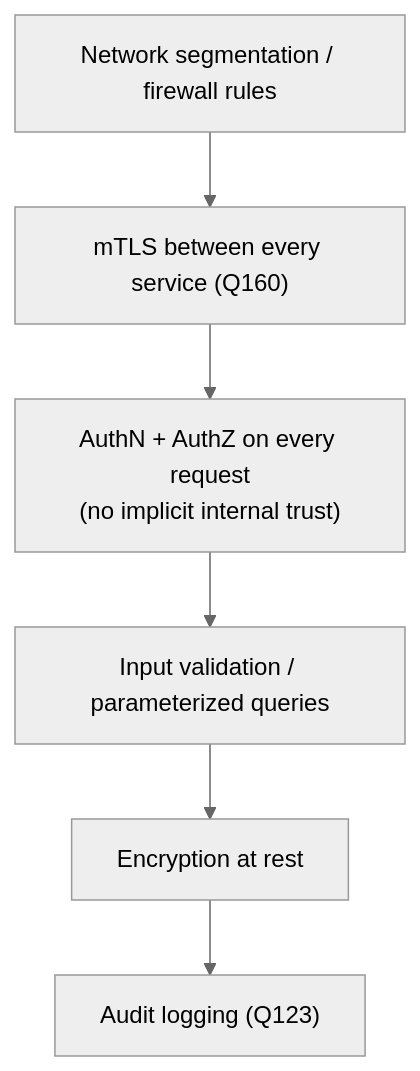
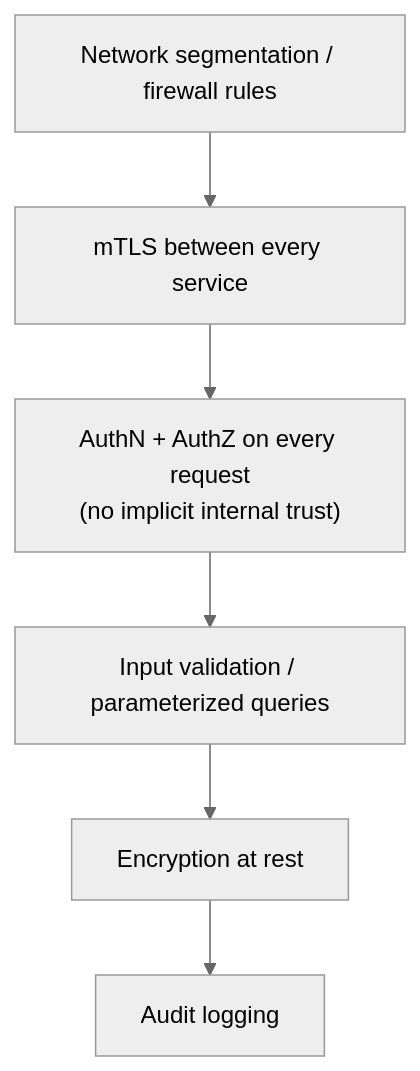
The third of 8 diagrams in content/interview/interview-prep-security-cloud.md (josuebrunel/josuebrunel.github.io), drawn with Mermaid (neutral theme) before and after one commit. The commit also changed other lines of this file and 7 other files, not shown here.

````diff
--- a/content/interview/interview-prep-security-cloud.md
+++ b/content/interview/interview-prep-security-cloud.md
@@ -80,8 +80,8 @@
 ```mermaid
 graph TD
-    L1["Network segmentation / firewall rules"] --> L2["mTLS between every service (Q160)"]
+    L1["Network segmentation / firewall rules"] --> L2["mTLS between every service"]
     L2 --> L3["AuthN + AuthZ on every request<br/>(no implicit internal trust)"]
     L3 --> L4["Input validation / parameterized queries"]
     L4 --> L5["Encryption at rest"]
-    L5 --> L6["Audit logging (Q123)"]
+    L5 --> L6["Audit logging"]
 ```
````
